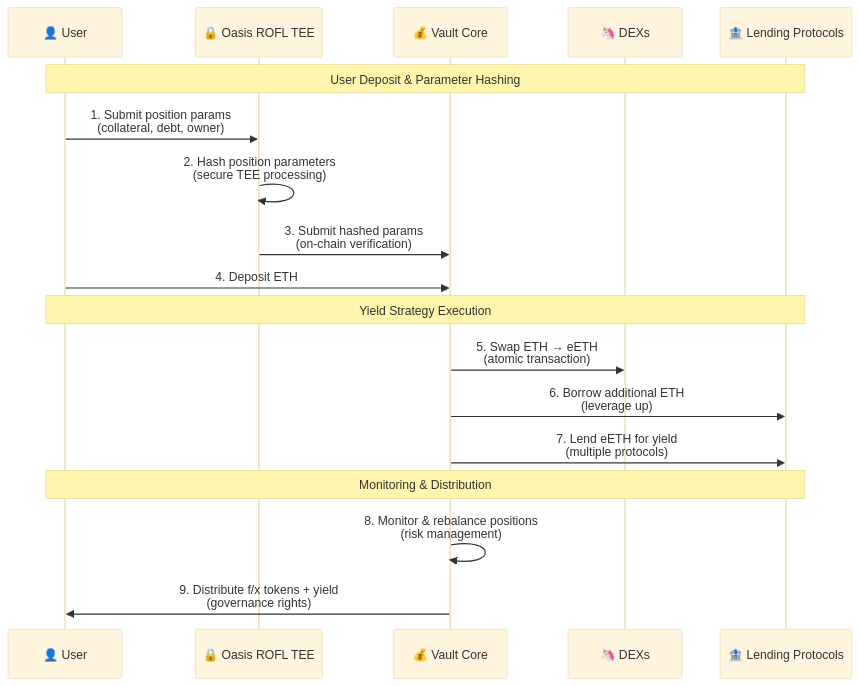
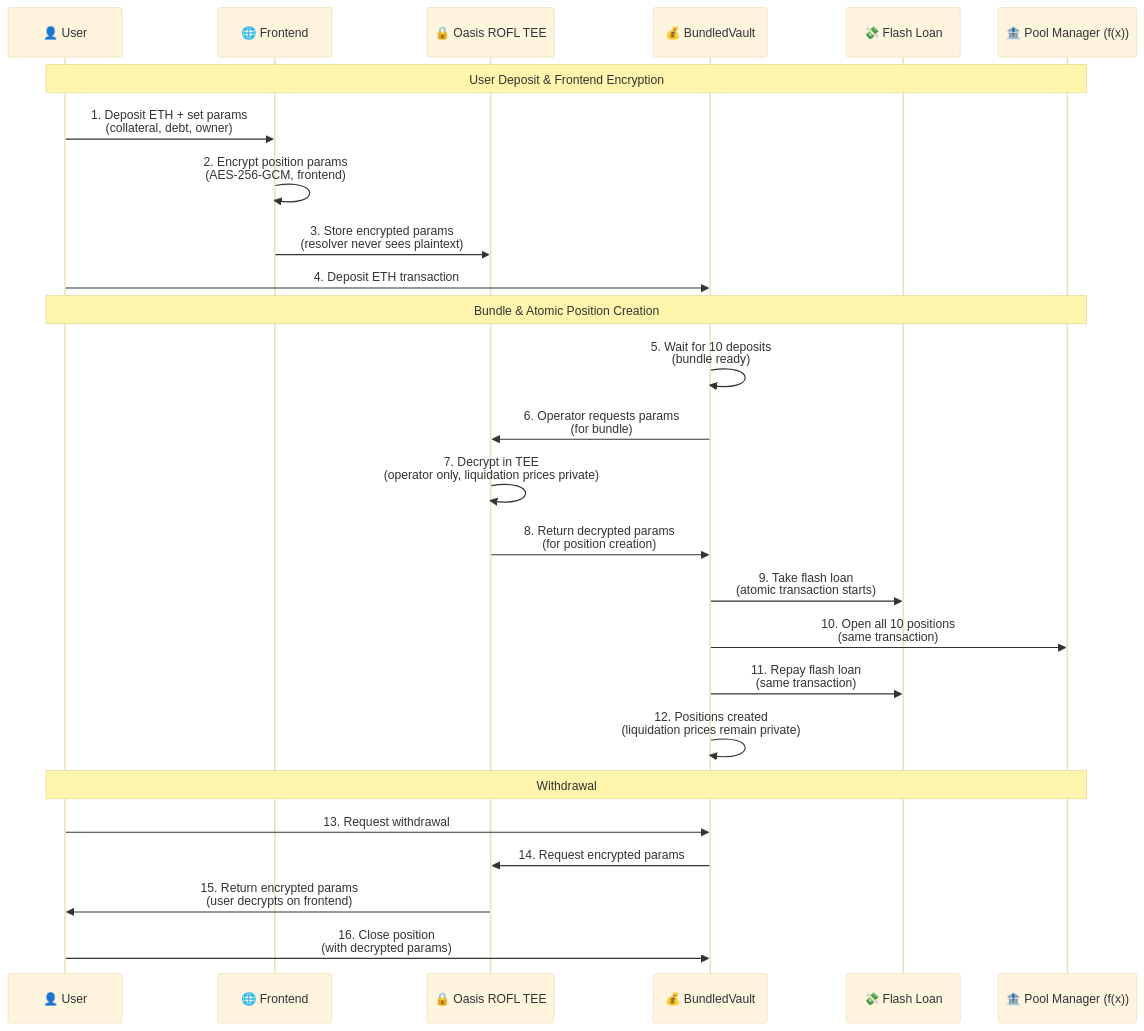
Before and after one commit to arseneeth/shayd: the second of 5 diagrams in mermaid/shadow-splitter-v2.md, drawn with Mermaid (base theme). The commit also changed other lines of this file and 22 other files, not shown here.

````diff
--- a/mermaid/shadow-splitter-v2.md
+++ b/mermaid/shadow-splitter-v2.md
@@ -68,23 +68,31 @@
 ```mermaid
 sequenceDiagram
     participant U as 👤 User
+    participant F as 🌐 Frontend
     participant T as 🔒 Oasis ROFL TEE
-    participant V as 💰 Vault Core
-    participant D as 🦄 DEXs
-    participant L as 🏦 Lending Protocols
+    participant V as 💰 BundledVault
+    participant FL as 💸 Flash Loan
+    participant P as 🏦 Pool Manager (f(x))
     
-    Note over U,L: User Deposit & Parameter Hashing
-    U->>T: 1. Submit position params<br/>(collateral, debt, owner)
-    T->>T: 2. Hash position parameters<br/>(secure TEE processing)
-    T->>V: 3. Submit hashed params<br/>(on-chain verification)
-    U->>V: 4. Deposit ETH
+    Note over U,P: User Deposit & Frontend Encryption
+    U->>F: 1. Deposit ETH + set params<br/>(collateral, debt, owner)
+    F->>F: 2. Encrypt position params<br/>(AES-256-GCM, frontend)
+    F->>T: 3. Store encrypted params<br/>(resolver never sees plaintext)
+    U->>V: 4. Deposit ETH transaction
     
-    Note over U,L: Yield Strategy Execution
-    V->>D: 5. Swap ETH → eETH<br/>(atomic transaction)
-    V->>L: 6. Borrow additional ETH<br/>(leverage up)
-    V->>L: 7. Lend eETH for yield<br/>(multiple protocols)
+    Note over U,P: Bundle & Atomic Position Creation
+    V->>V: 5. Wait for 10 deposits<br/>(bundle ready)
+    V->>T: 6. Operator requests params<br/>(for bundle)
+    T->>T: 7. Decrypt in TEE<br/>(operator only, liquidation prices private)
+    T->>V: 8. Return decrypted params<br/>(for position creation)
+    V->>FL: 9. Take flash loan<br/>(atomic transaction starts)
+    V->>P: 10. Open all 10 positions<br/>(same transaction)
+    V->>FL: 11. Repay flash loan<br/>(same transaction)
+    V->>V: 12. Positions created<br/>(liquidation prices remain private)
     
-    Note over U,L: Monitoring & Distribution
-    V->>V: 8. Monitor & rebalance positions<br/>(risk management)
-    V->>U: 9. Distribute f/x tokens + yield<br/>(governance rights)
+    Note over U,P: Withdrawal
+    U->>V: 13. Request withdrawal
+    V->>T: 14. Request encrypted params
+    T->>U: 15. Return encrypted params<br/>(user decrypts on frontend)
+    U->>V: 16. Close position<br/>(with decrypted params)
 ```
````
